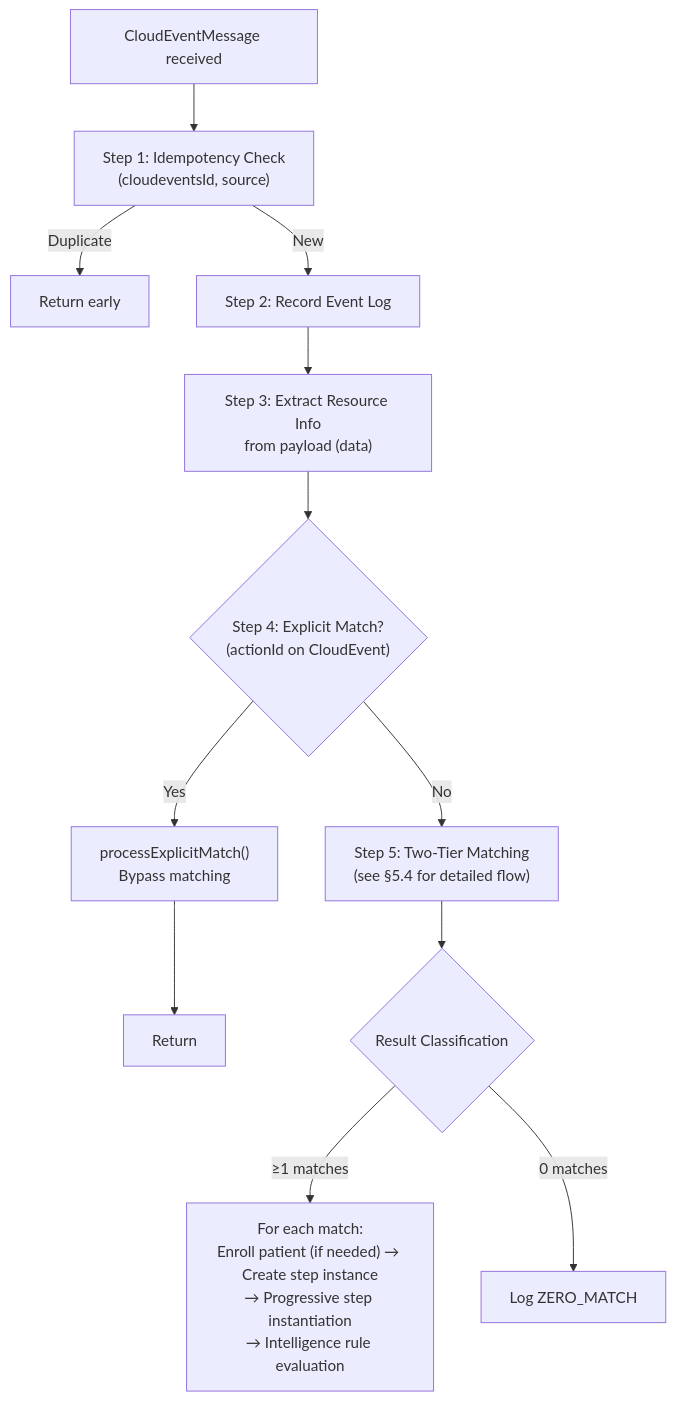
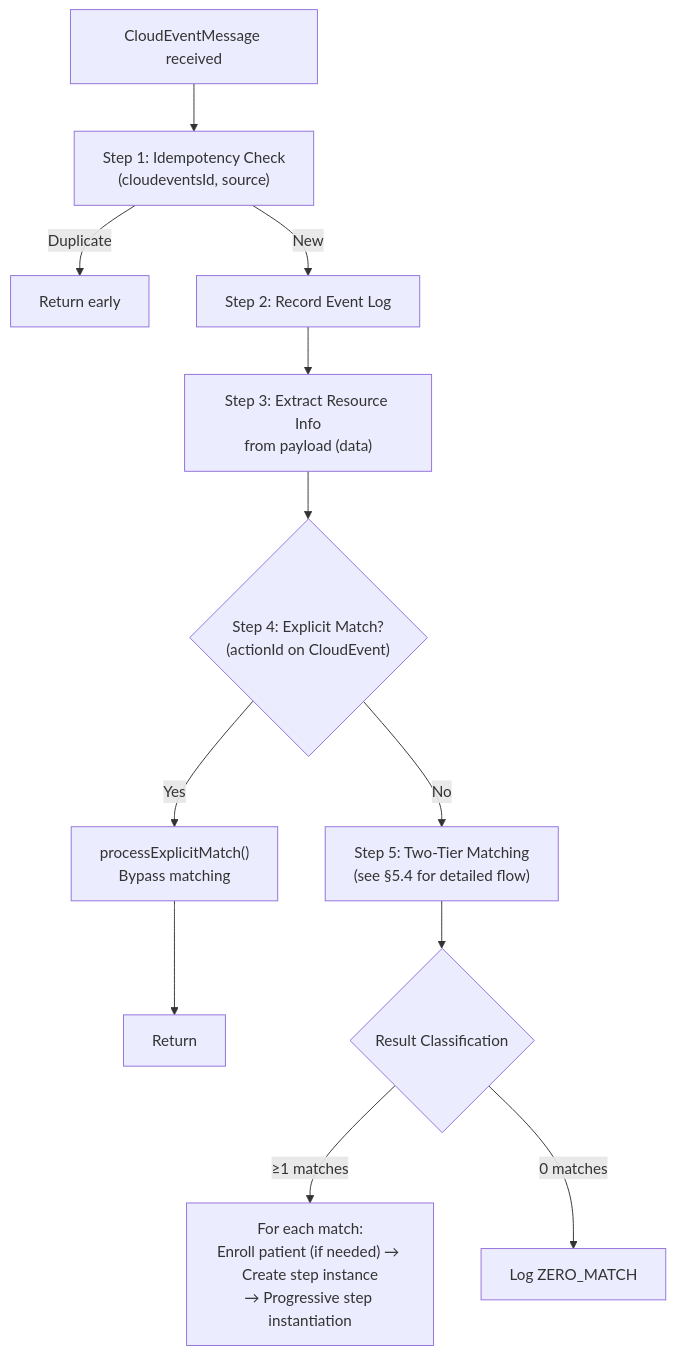
One commit to Jayaprakash8887/cce-compliance-service changed the second of 4 diagrams in docs/architecture-overview.md. Above: the diagram before and after it, drawn with Mermaid. The commit also changed other lines of this file and 9 other files, not shown here.

````diff
--- a/docs/architecture-overview.md
+++ b/docs/architecture-overview.md
@@ -98,22 +98,22 @@
 ```mermaid
 flowchart TD
     START["CloudEventMessage received"] --> S1
 
     S1["Step 1: Idempotency Check<br/>(cloudeventsId, source)"]
     S1 -->|"Duplicate"| DUP["Return early"]
     S1 -->|"New"| S2
 
     S2["Step 2: Record Event Log"] --> S3
     S3["Step 3: Extract Resource Info<br/>from payload (data)"] --> EXPL
 
     EXPL{"Step 4: Explicit Match?<br/>(actionId on CloudEvent)"}
     EXPL -->|"Yes"| EXPLM["processExplicitMatch()<br/>Bypass matching"]
     EXPL -->|"No"| S5
     EXPLM --> DONE["Return"]
 
     S5["Step 5: Two-Tier Matching<br/>(see §5.4 for detailed flow)"] --> S6
 
     S6{"Result Classification"}
-    S6 -->|"≥1 matches"| MATCH["For each match:<br/>Enroll patient (if needed) → Create step instance<br/>→ Progressive step instantiation<br/>→ Intelligence rule evaluation"]
+    S6 -->|"≥1 matches"| MATCH["For each match:<br/>Enroll patient (if needed) → Create step instance<br/>→ Progressive step instantiation"]
     S6 -->|"0 matches"| ZERO["Log ZERO_MATCH"]
 ```
````
